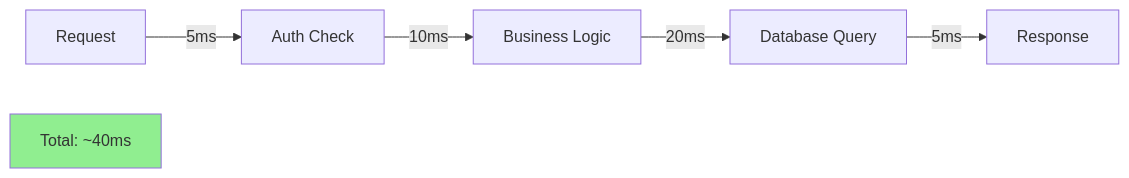
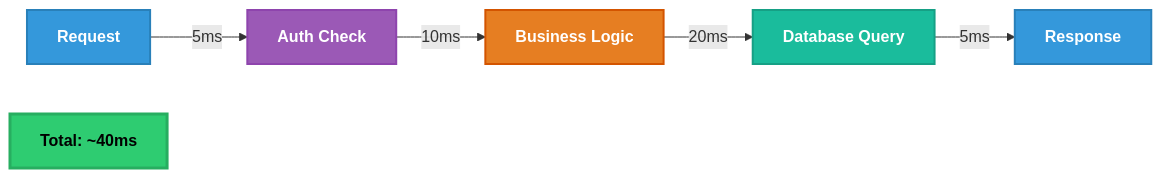
Diagram 12 of 13 in diagrams/communication-flows.md (martimmpr/epicjunior-backend-db-course), drawn with Mermaid before and after one commit. The commit also changed other lines of this file and 3 other files, not shown here.

Commit message:
docs: Improved Diagrams Readability.

````diff
--- a/diagrams/communication-flows.md
+++ b/diagrams/communication-flows.md
@@ -421,11 +426,16 @@
 ```mermaid
 graph LR
-    A[Request] -->|5ms| B[Auth Check]
-    B -->|10ms| C[Business Logic]
-    C -->|20ms| D[Database Query]
-    D -->|5ms| E[Response]
+    A["<b>Request</b>"] -->|5ms| B["<b>Auth Check</b>"]
+    B -->|10ms| C["<b>Business Logic</b>"]
+    C -->|20ms| D["<b>Database Query</b>"]
+    D -->|5ms| E["<b>Response</b>"]
     
-    Total[Total: ~40ms]
+    Total["<b>Total: ~40ms</b>"]
     
-    style Total fill:#90EE90
+    style Total fill:#2ecc71,stroke:#27ae60,stroke-width:3px,color:#000
+    style A fill:#3498db,stroke:#2980b9,stroke-width:2px,color:#fff
+    style B fill:#9b59b6,stroke:#8e44ad,stroke-width:2px,color:#fff
+    style C fill:#e67e22,stroke:#d35400,stroke-width:2px,color:#fff
+    style D fill:#1abc9c,stroke:#16a085,stroke-width:2px,color:#fff
+    style E fill:#3498db,stroke:#2980b9,stroke-width:2px,color:#fff
 ```
````
